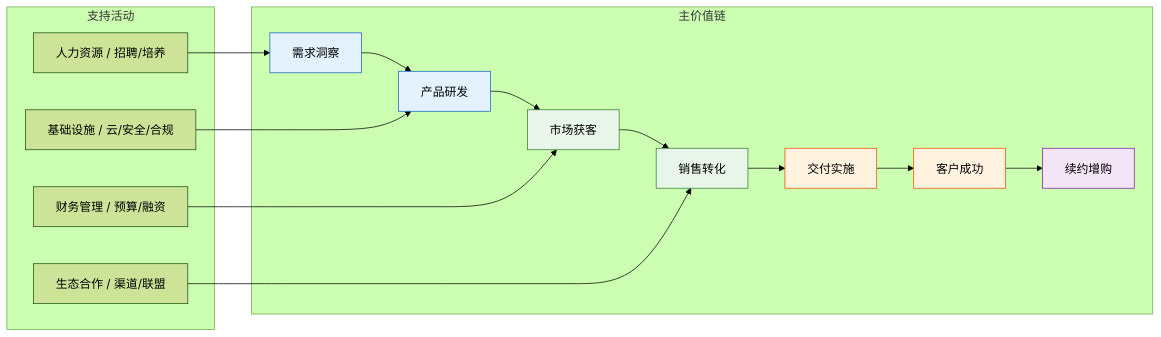
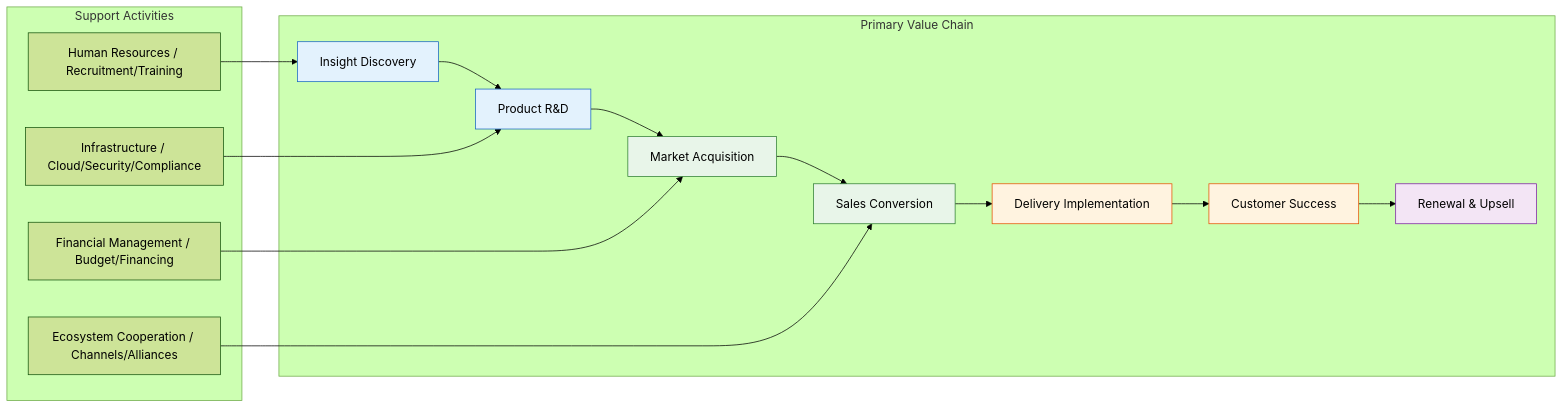
Before and after one commit to Kirky-X/cangjie: the tenth of 15 diagrams in templates/【模板】商业模式文档.md, drawn with Mermaid (forest theme). The commit also changed other lines of this file and 12 other files, not shown here.

````diff
--- a/templates/【模板】商业模式文档.md
+++ b/templates/【模板】商业模式文档.md
@@ -377,31 +377,31 @@
 ```mermaid
 graph LR
-    subgraph 主价值链
-        A1[需求洞察] --> A2[产品研发]
-        A2 --> A3[市场获客]
-        A3 --> A4[销售转化]
-        A4 --> A5[交付实施]
-        A5 --> A6[客户成功]
-        A6 --> A7[续约增购]
+    subgraph Primary Value Chain
+        A1[Insight Discovery] --> A2[Product R&D]
+        A2 --> A3[Market Acquisition]
+        A3 --> A4[Sales Conversion]
+        A4 --> A5[Delivery Implementation]
+        A5 --> A6[Customer Success]
+        A6 --> A7[Renewal & Upsell]
     end
 
-    subgraph 支持活动
-        B1[基础设施 / 云/安全/合规]
-        B2[人力资源 / 招聘/培养]
-        B3[财务管理 / 预算/融资]
-        B4[生态合作 / 渠道/联盟]
+    subgraph Support Activities
+        B1[Infrastructure / Cloud/Security/Compliance]
+        B2[Human Resources / Recruitment/Training]
+        B3[Financial Management / Budget/Financing]
+        B4[Ecosystem Cooperation / Channels/Alliances]
     end
 
     B1 --> A2
     B2 --> A1
     B3 --> A3
     B4 --> A4
 
     style A1 fill:#e3f2fd,stroke:#1565c0
     style A2 fill:#e3f2fd,stroke:#1565c0
     style A3 fill:#e8f5e9,stroke:#2e7d32
     style A4 fill:#e8f5e9,stroke:#2e7d32
     style A5 fill:#fff3e0,stroke:#e65100
     style A6 fill:#fff3e0,stroke:#e65100
     style A7 fill:#f3e5f5,stroke:#7b1fa2
 ```
````
